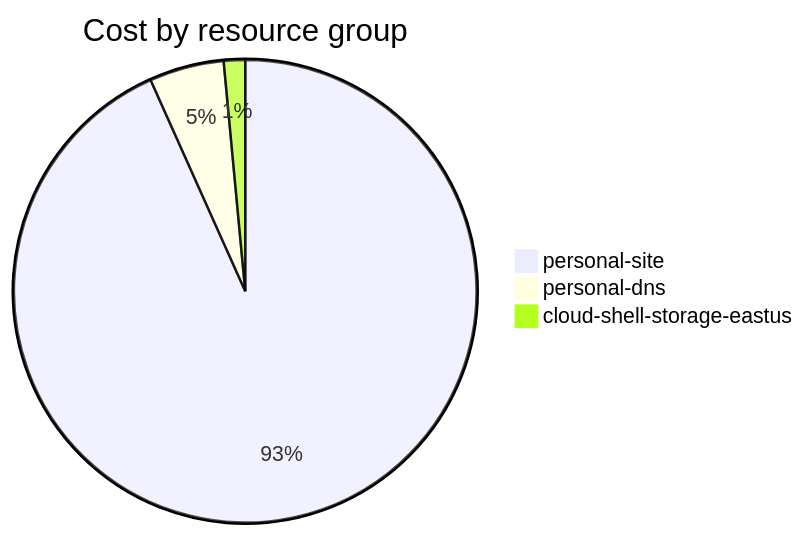
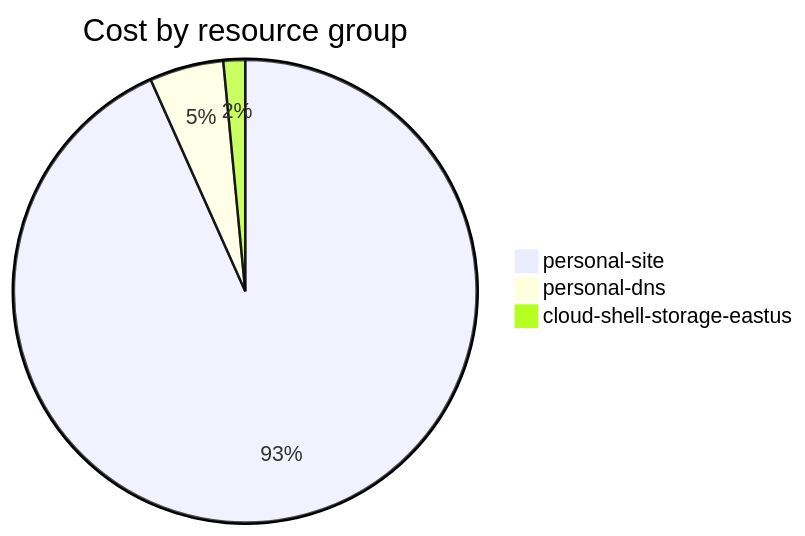
One commit to jpfulton/azure-personal-reports changed the fourth of 4 diagrams in cost-reports/accumulated-cost.md. Above: the diagram before and after it, drawn with Mermaid. The commit also changed other lines of this file and 4 other files, not shown here.

````diff
--- a/cost-reports/accumulated-cost.md
+++ b/cost-reports/accumulated-cost.md
@@ -143,7 +143,7 @@
 ```mermaid
 pie
    title Cost by resource group
-   "personal-site" : 10.02
-   "personal-dns" : 0.56
-   "cloud-shell-storage-eastus" : 0.16
+   "personal-site" : 10.46
+   "personal-dns" : 0.58
+   "cloud-shell-storage-eastus" : 0.17
 ```
````
